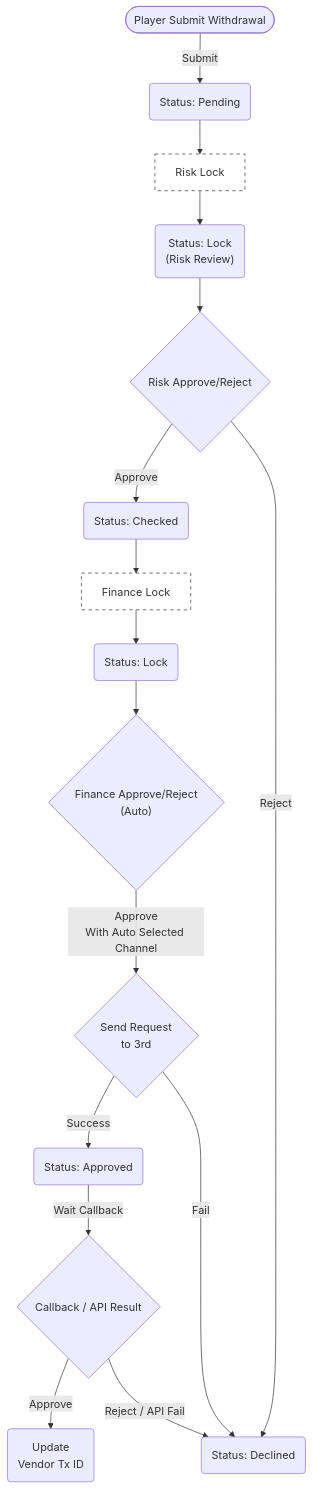
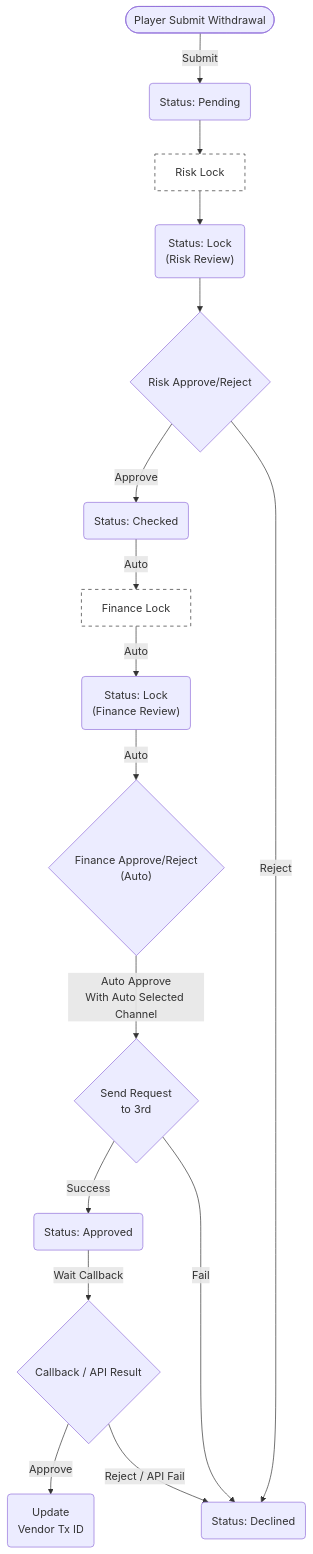
Before and after one commit to almightyken0425/SuSuGiGiSpec: the second of 2 diagrams in no99_archive/sitflowchart.md, drawn with Mermaid.

````diff
--- a/no99_archive/sitflowchart.md
+++ b/no99_archive/sitflowchart.md
@@ -91,53 +91,51 @@
 ```mermaid
 graph TD
     %% 節點定義
     StartAuto(["Player Submit Withdrawal"])
     PendingAuto("Status: Pending")
     
     RiskLockActionBoxAuto["Risk Lock"]
     RiskLockAuto("Status: Lock<br/>(Risk Review)")
     
     RiskActionAuto{"Risk Approve/Reject"}
     ApproveAuto("Status: Checked")
     
     FinanceLockActionBoxAuto["Finance Lock"]
-    FinanceLockAuto("Status: Lock")
+    FinanceLockAuto("Status: Lock<br/>(Finance Review)")
     
     FinanceActionAuto{"Finance Approve/Reject<br/>(Auto)"}
     RequestActionAuto{"Send Request<br/>to 3rd"}
     FinanceApprovedAuto("Status: Approved")
 
     DeclineAuto("Status: Declined")
     SuccessAuto("Update<br>Vendor Tx ID")
     CallbackAuto{"Callback / API Result"}
 
     StartAuto -->|"Submit"| PendingAuto
     
     PendingAuto --> RiskLockActionBoxAuto
     RiskLockActionBoxAuto --> RiskLockAuto
     
     RiskLockAuto --> RiskActionAuto
     
     RiskActionAuto -->|"Approve"| ApproveAuto
     
-    ApproveAuto --> FinanceLockActionBoxAuto
-    FinanceLockActionBoxAuto --> FinanceLockAuto
-    
-    FinanceLockAuto --> FinanceActionAuto
-    
-    FinanceActionAuto -->|"Approve<br/>With Auto Selected Channel"| RequestActionAuto
+    ApproveAuto -->|"Auto"| FinanceLockActionBoxAuto
+    FinanceLockActionBoxAuto -->|"Auto"| FinanceLockAuto
+    FinanceLockAuto -->|"Auto"| FinanceActionAuto
+    FinanceActionAuto -->|"Auto Approve<br/>With Auto Selected Channel"| RequestActionAuto
     
     RequestActionAuto -->|"Success"| FinanceApprovedAuto
     RequestActionAuto -->|"Fail"| DeclineAuto
     
     FinanceApprovedAuto -->|"Wait Callback"| CallbackAuto
 
     CallbackAuto -->|"Approve"| SuccessAuto
     
     CallbackAuto -->|"Reject / API Fail"| DeclineAuto
 
     RiskActionAuto -->|"Reject"| DeclineAuto
 
     style RiskLockActionBoxAuto fill:#fff,stroke:#333,stroke-dasharray: 5 5
     style FinanceLockActionBoxAuto fill:#fff,stroke:#333,stroke-dasharray: 5 5
 ```
````
